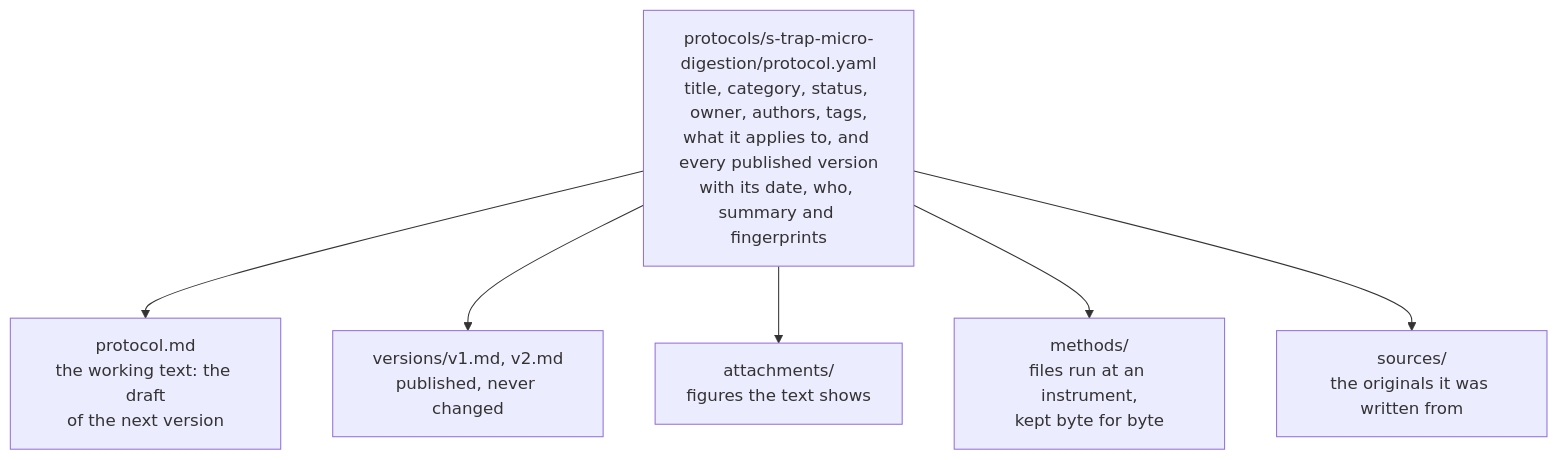
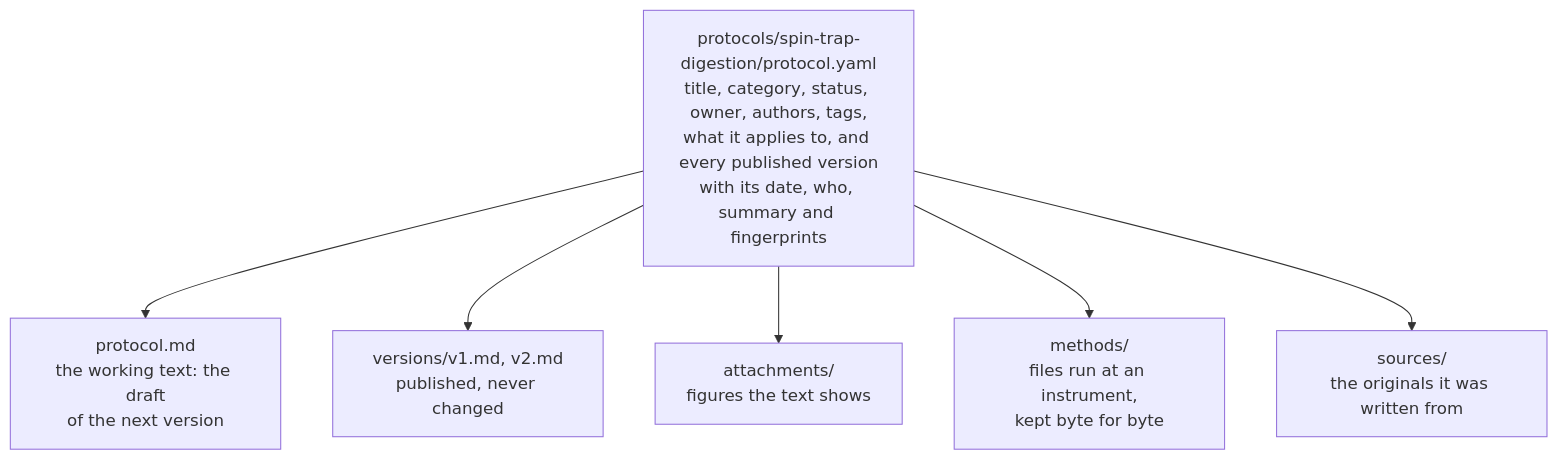
The seventh of 11 diagrams in docs/engines.md (uw-maccosslab/LabOps), drawn with Mermaid before and after one commit. The commit also changed 22 other files, not shown here.

````diff
--- a/docs/engines.md
+++ b/docs/engines.md
@@ -253,14 +253,14 @@
 ```mermaid
 flowchart TB
-    protocol["protocols/s-trap-micro-digestion/protocol.yaml<br/>title, category, status, owner, authors, tags,<br/>what it applies to, and every published version<br/>with its date, who, summary and fingerprints"]
+    protocol["protocols/spin-trap-digestion/protocol.yaml<br/>title, category, status, owner, authors, tags,<br/>what it applies to, and every published version<br/>with its date, who, summary and fingerprints"]
     draft["protocol.md<br/>the working text: the draft<br/>of the next version"]
     versions["versions/v1.md, v2.md<br/>published, never changed"]
     attachments["attachments/<br/>figures the text shows"]
     methods["methods/<br/>files run at an instrument,<br/>kept byte for byte"]
     sources["sources/<br/>the originals it was written from"]
     protocol --> draft
     protocol --> versions
     protocol --> attachments
     protocol --> methods
     protocol --> sources
 ```
````
